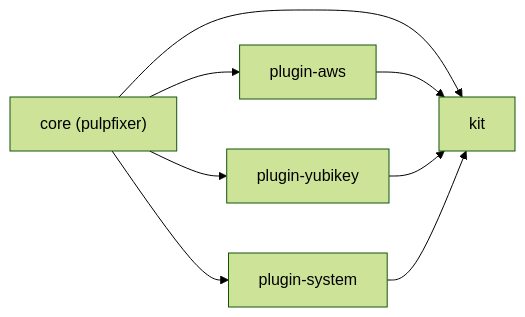
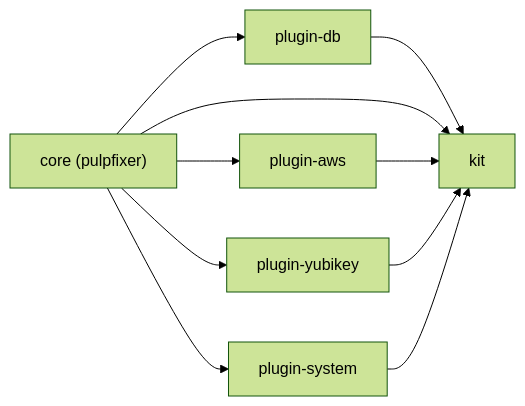
The diagram in packages/docs/content/development/index.mdx (maxispecs/pf), drawn with Mermaid (forest theme) before and after one commit. The commit also changed other lines of this file and 59 other files, not shown here.

````diff
--- a/packages/docs/content/development/index.mdx
+++ b/packages/docs/content/development/index.mdx
@@ -21,10 +23,12 @@
 ```mermaid
 flowchart LR
   core["core (pulpfixer)"] --> awsPlugin[plugin-aws]
   core --> ykPlugin[plugin-yubikey]
   core --> sysPlugin[plugin-system]
+  core --> dbPlugin[plugin-db]
+  dbPlugin --> kit
   core --> kit
   awsPlugin --> kit
   ykPlugin --> kit
   sysPlugin --> kit
 ```
````
